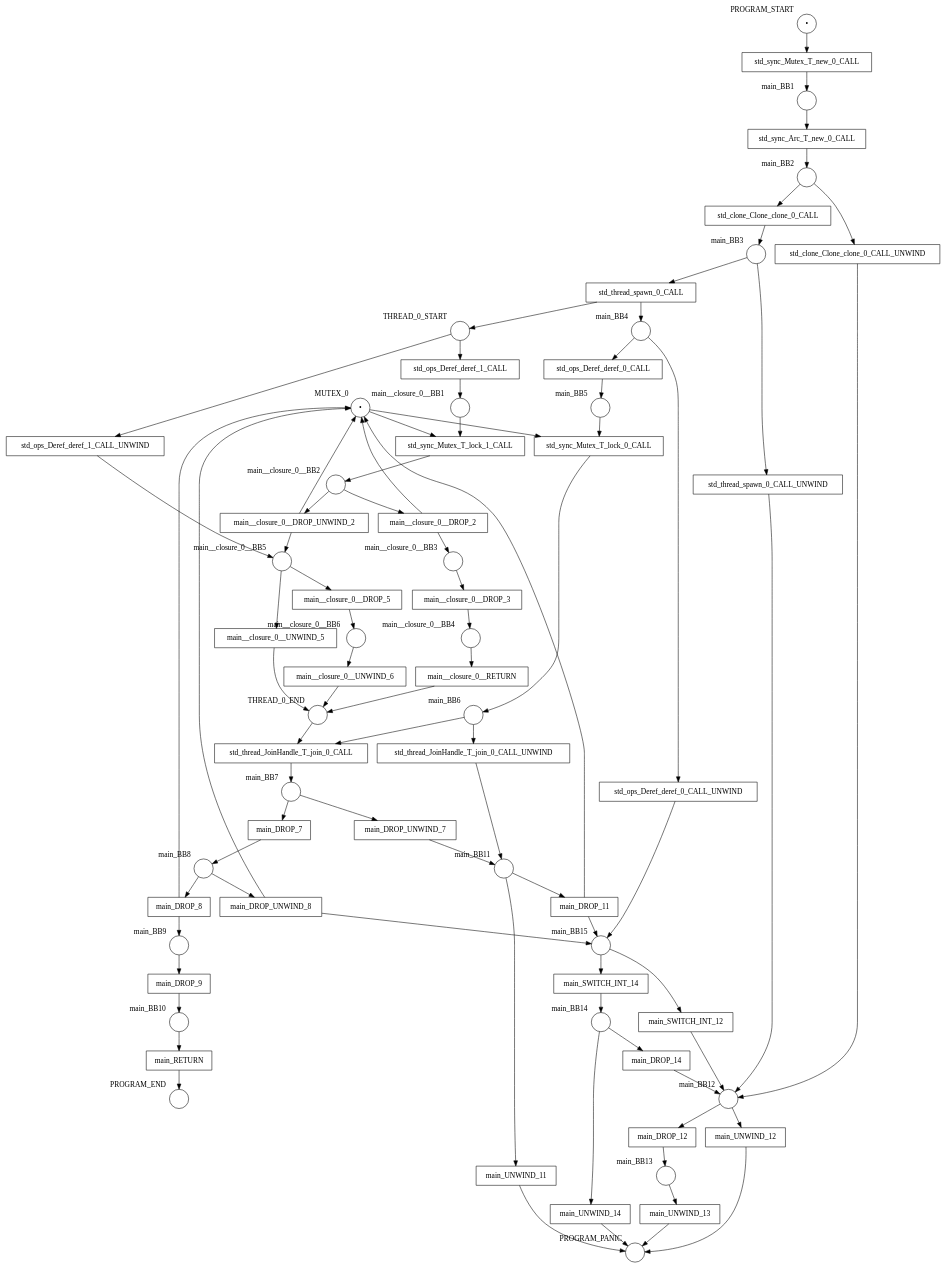
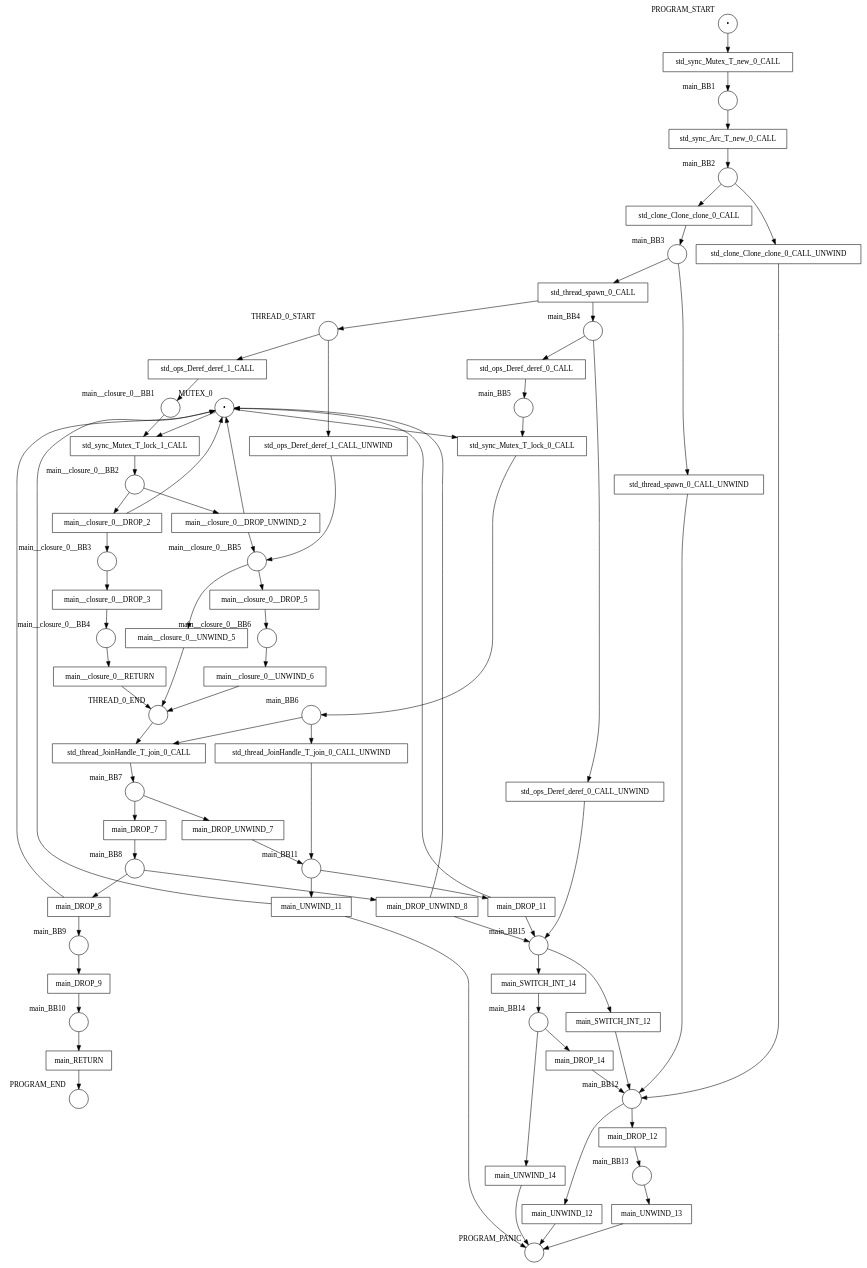
One commit to hlisdero/cargo-check-deadlock changed the diagram in examples/results/mutex/two_threads_sharing_mutex/net.dot. Above: the diagram before and after it, drawn with Graphviz. The commit also changed 20 other files, not shown here.

```diff
--- a/examples/results/mutex/two_threads_sharing_mutex/net.dot
+++ b/examples/results/mutex/two_threads_sharing_mutex/net.dot
@@ -1,146 +1,147 @@
 digraph petrinet {
     MUTEX_0 [shape="circle" xlabel="MUTEX_0" label="•"];
     PROGRAM_END [shape="circle" xlabel="PROGRAM_END" label=""];
     PROGRAM_PANIC [shape="circle" xlabel="PROGRAM_PANIC" label=""];
     PROGRAM_START [shape="circle" xlabel="PROGRAM_START" label="•"];
     THREAD_0_END [shape="circle" xlabel="THREAD_0_END" label=""];
     THREAD_0_START [shape="circle" xlabel="THREAD_0_START" label=""];
     main_BB1 [shape="circle" xlabel="main_BB1" label=""];
     main_BB10 [shape="circle" xlabel="main_BB10" label=""];
     main_BB11 [shape="circle" xlabel="main_BB11" label=""];
     main_BB12 [shape="circle" xlabel="main_BB12" label=""];
     main_BB13 [shape="circle" xlabel="main_BB13" label=""];
     main_BB14 [shape="circle" xlabel="main_BB14" label=""];
     main_BB15 [shape="circle" xlabel="main_BB15" label=""];
     main_BB2 [shape="circle" xlabel="main_BB2" label=""];
     main_BB3 [shape="circle" xlabel="main_BB3" label=""];
     main_BB4 [shape="circle" xlabel="main_BB4" label=""];
     main_BB5 [shape="circle" xlabel="main_BB5" label=""];
     main_BB6 [shape="circle" xlabel="main_BB6" label=""];
     main_BB7 [shape="circle" xlabel="main_BB7" label=""];
     main_BB8 [shape="circle" xlabel="main_BB8" label=""];
     main_BB9 [shape="circle" xlabel="main_BB9" label=""];
     main__closure_0__BB1 [shape="circle" xlabel="main__closure_0__BB1" label=""];
     main__closure_0__BB2 [shape="circle" xlabel="main__closure_0__BB2" label=""];
     main__closure_0__BB3 [shape="circle" xlabel="main__closure_0__BB3" label=""];
     main__closure_0__BB4 [shape="circle" xlabel="main__closure_0__BB4" label=""];
     main__closure_0__BB5 [shape="circle" xlabel="main__closure_0__BB5" label=""];
     main__closure_0__BB6 [shape="circle" xlabel="main__closure_0__BB6" label=""];
     main_DROP_11 [shape="box" xlabel="" label="main_DROP_11"];
     main_DROP_12 [shape="box" xlabel="" label="main_DROP_12"];
     main_DROP_14 [shape="box" xlabel="" label="main_DROP_14"];
     main_DROP_7 [shape="box" xlabel="" label="main_DROP_7"];
     main_DROP_8 [shape="box" xlabel="" label="main_DROP_8"];
     main_DROP_9 [shape="box" xlabel="" label="main_DROP_9"];
     main_DROP_UNWIND_7 [shape="box" xlabel="" label="main_DROP_UNWIND_7"];
     main_DROP_UNWIND_8 [shape="box" xlabel="" label="main_DROP_UNWIND_8"];
     main_RETURN [shape="box" xlabel="" label="main_RETURN"];
     main_SWITCH_INT_12 [shape="box" xlabel="" label="main_SWITCH_INT_12"];
     main_SWITCH_INT_14 [shape="box" xlabel="" label="main_SWITCH_INT_14"];
     main_UNWIND_11 [shape="box" xlabel="" label="main_UNWIND_11"];
     main_UNWIND_12 [shape="box" xlabel="" label="main_UNWIND_12"];
     main_UNWIND_13 [shape="box" xlabel="" label="main_UNWIND_13"];
     main_UNWIND_14 [shape="box" xlabel="" label="main_UNWIND_14"];
     main__closure_0__DROP_2 [shape="box" xlabel="" label="main__closure_0__DROP_2"];
     main__closure_0__DROP_3 [shape="box" xlabel="" label="main__closure_0__DROP_3"];
     main__closure_0__DROP_5 [shape="box" xlabel="" label="main__closure_0__DROP_5"];
     main__closure_0__DROP_UNWIND_2 [shape="box" xlabel="" label="main__closure_0__DROP_UNWIND_2"];
     main__closure_0__RETURN [shape="box" xlabel="" label="main__closure_0__RETURN"];
     main__closure_0__UNWIND_5 [shape="box" xlabel="" label="main__closure_0__UNWIND_5"];
     main__closure_0__UNWIND_6 [shape="box" xlabel="" label="main__closure_0__UNWIND_6"];
     std_clone_Clone_clone_0_CALL [shape="box" xlabel="" label="std_clone_Clone_clone_0_CALL"];
     std_clone_Clone_clone_0_CALL_UNWIND [shape="box" xlabel="" label="std_clone_Clone_clone_0_CALL_UNWIND"];
     std_ops_Deref_deref_0_CALL [shape="box" xlabel="" label="std_ops_Deref_deref_0_CALL"];
     std_ops_Deref_deref_0_CALL_UNWIND [shape="box" xlabel="" label="std_ops_Deref_deref_0_CALL_UNWIND"];
     std_ops_Deref_deref_1_CALL [shape="box" xlabel="" label="std_ops_Deref_deref_1_CALL"];
     std_ops_Deref_deref_1_CALL_UNWIND [shape="box" xlabel="" label="std_ops_Deref_deref_1_CALL_UNWIND"];
     std_sync_Arc_T_new_0_CALL [shape="box" xlabel="" label="std_sync_Arc_T_new_0_CALL"];
     std_sync_Mutex_T_lock_0_CALL [shape="box" xlabel="" label="std_sync_Mutex_T_lock_0_CALL"];
     std_sync_Mutex_T_lock_1_CALL [shape="box" xlabel="" label="std_sync_Mutex_T_lock_1_CALL"];
     std_sync_Mutex_T_new_0_CALL [shape="box" xlabel="" label="std_sync_Mutex_T_new_0_CALL"];
     std_thread_JoinHandle_T_join_0_CALL [shape="box" xlabel="" label="std_thread_JoinHandle_T_join_0_CALL"];
     std_thread_JoinHandle_T_join_0_CALL_UNWIND [shape="box" xlabel="" label="std_thread_JoinHandle_T_join_0_CALL_UNWIND"];
     std_thread_spawn_0_CALL [shape="box" xlabel="" label="std_thread_spawn_0_CALL"];
     std_thread_spawn_0_CALL_UNWIND [shape="box" xlabel="" label="std_thread_spawn_0_CALL_UNWIND"];
     MUTEX_0 -> std_sync_Mutex_T_lock_0_CALL;
     MUTEX_0 -> std_sync_Mutex_T_lock_1_CALL;
     PROGRAM_START -> std_sync_Mutex_T_new_0_CALL;
     THREAD_0_END -> std_thread_JoinHandle_T_join_0_CALL;
     THREAD_0_START -> std_ops_Deref_deref_1_CALL;
     THREAD_0_START -> std_ops_Deref_deref_1_CALL_UNWIND;
     main_BB1 -> std_sync_Arc_T_new_0_CALL;
     main_BB10 -> main_RETURN;
     main_BB11 -> main_DROP_11;
     main_BB11 -> main_UNWIND_11;
     main_BB12 -> main_DROP_12;
     main_BB12 -> main_UNWIND_12;
     main_BB13 -> main_UNWIND_13;
     main_BB14 -> main_DROP_14;
     main_BB14 -> main_UNWIND_14;
     main_BB15 -> main_SWITCH_INT_12;
     main_BB15 -> main_SWITCH_INT_14;
     main_BB2 -> std_clone_Clone_clone_0_CALL;
     main_BB2 -> std_clone_Clone_clone_0_CALL_UNWIND;
     main_BB3 -> std_thread_spawn_0_CALL;
     main_BB3 -> std_thread_spawn_0_CALL_UNWIND;
     main_BB4 -> std_ops_Deref_deref_0_CALL;
     main_BB4 -> std_ops_Deref_deref_0_CALL_UNWIND;
     main_BB5 -> std_sync_Mutex_T_lock_0_CALL;
     main_BB6 -> std_thread_JoinHandle_T_join_0_CALL;
     main_BB6 -> std_thread_JoinHandle_T_join_0_CALL_UNWIND;
     main_BB7 -> main_DROP_7;
     main_BB7 -> main_DROP_UNWIND_7;
     main_BB8 -> main_DROP_8;
     main_BB8 -> main_DROP_UNWIND_8;
     main_BB9 -> main_DROP_9;
     main__closure_0__BB1 -> std_sync_Mutex_T_lock_1_CALL;
     main__closure_0__BB2 -> main__closure_0__DROP_2;
     main__closure_0__BB2 -> main__closure_0__DROP_UNWIND_2;
     main__closure_0__BB3 -> main__closure_0__DROP_3;
     main__closure_0__BB4 -> main__closure_0__RETURN;
     main__closure_0__BB5 -> main__closure_0__DROP_5;
     main__closure_0__BB5 -> main__closure_0__UNWIND_5;
     main__closure_0__BB6 -> main__closure_0__UNWIND_6;
     main_DROP_11 -> MUTEX_0;
     main_DROP_11 -> main_BB15;
     main_DROP_12 -> main_BB13;
     main_DROP_14 -> main_BB12;
     main_DROP_7 -> main_BB8;
     main_DROP_8 -> MUTEX_0;
     main_DROP_8 -> main_BB9;
     main_DROP_9 -> main_BB10;
     main_DROP_UNWIND_7 -> main_BB11;
     main_DROP_UNWIND_8 -> MUTEX_0;
     main_DROP_UNWIND_8 -> main_BB15;
     main_RETURN -> PROGRAM_END;
     main_SWITCH_INT_12 -> main_BB12;
     main_SWITCH_INT_14 -> main_BB14;
+    main_UNWIND_11 -> MUTEX_0;
     main_UNWIND_11 -> PROGRAM_PANIC;
     main_UNWIND_12 -> PROGRAM_PANIC;
     main_UNWIND_13 -> PROGRAM_PANIC;
     main_UNWIND_14 -> PROGRAM_PANIC;
     main__closure_0__DROP_2 -> MUTEX_0;
     main__closure_0__DROP_2 -> main__closure_0__BB3;
     main__closure_0__DROP_3 -> main__closure_0__BB4;
     main__closure_0__DROP_5 -> main__closure_0__BB6;
     main__closure_0__DROP_UNWIND_2 -> MUTEX_0;
     main__closure_0__DROP_UNWIND_2 -> main__closure_0__BB5;
     main__closure_0__RETURN -> THREAD_0_END;
     main__closure_0__UNWIND_5 -> THREAD_0_END;
     main__closure_0__UNWIND_6 -> THREAD_0_END;
     std_clone_Clone_clone_0_CALL -> main_BB3;
     std_clone_Clone_clone_0_CALL_UNWIND -> main_BB12;
     std_ops_Deref_deref_0_CALL -> main_BB5;
     std_ops_Deref_deref_0_CALL_UNWIND -> main_BB15;
     std_ops_Deref_deref_1_CALL -> main__closure_0__BB1;
     std_ops_Deref_deref_1_CALL_UNWIND -> main__closure_0__BB5;
     std_sync_Arc_T_new_0_CALL -> main_BB2;
     std_sync_Mutex_T_lock_0_CALL -> main_BB6;
     std_sync_Mutex_T_lock_1_CALL -> main__closure_0__BB2;
     std_sync_Mutex_T_new_0_CALL -> main_BB1;
     std_thread_JoinHandle_T_join_0_CALL -> main_BB7;
     std_thread_JoinHandle_T_join_0_CALL_UNWIND -> main_BB11;
     std_thread_spawn_0_CALL -> THREAD_0_START;
     std_thread_spawn_0_CALL -> main_BB4;
     std_thread_spawn_0_CALL_UNWIND -> main_BB12;
 }
```
